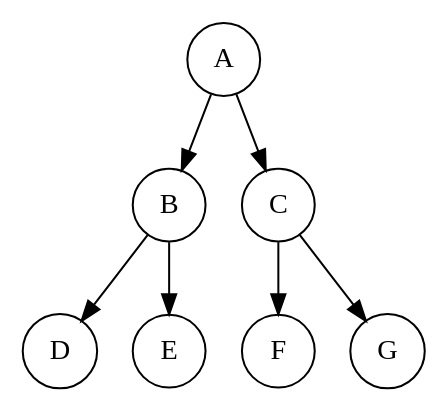
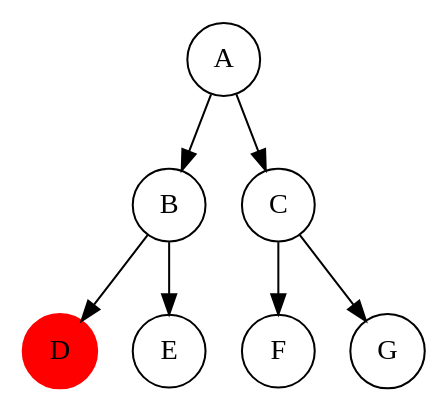
Before and after one commit to hgoose/Northern-Illinois-University-Computer-Science-Undergrad-2023: the diagram in CS/lang/graphviz/graphs/1/main.dot, drawn with Graphviz. The commit also changed 95 other files, not shown here.

```diff
--- a/CS/lang/graphviz/graphs/1/main.dot
+++ b/CS/lang/graphviz/graphs/1/main.dot
@@ -1,9 +1,16 @@
 digraph SimpleTree {
     // Set a circular shape for nodes
-    node [shape=circle];
+    node [shape=circle, ];
+
+    A
+    B
+    C
+    D
+
+    D [style=filled, color=red]
 
     // Define the tree structure
     A -> {B C};
     B -> {D E};
     C -> {F G};
 }
```
